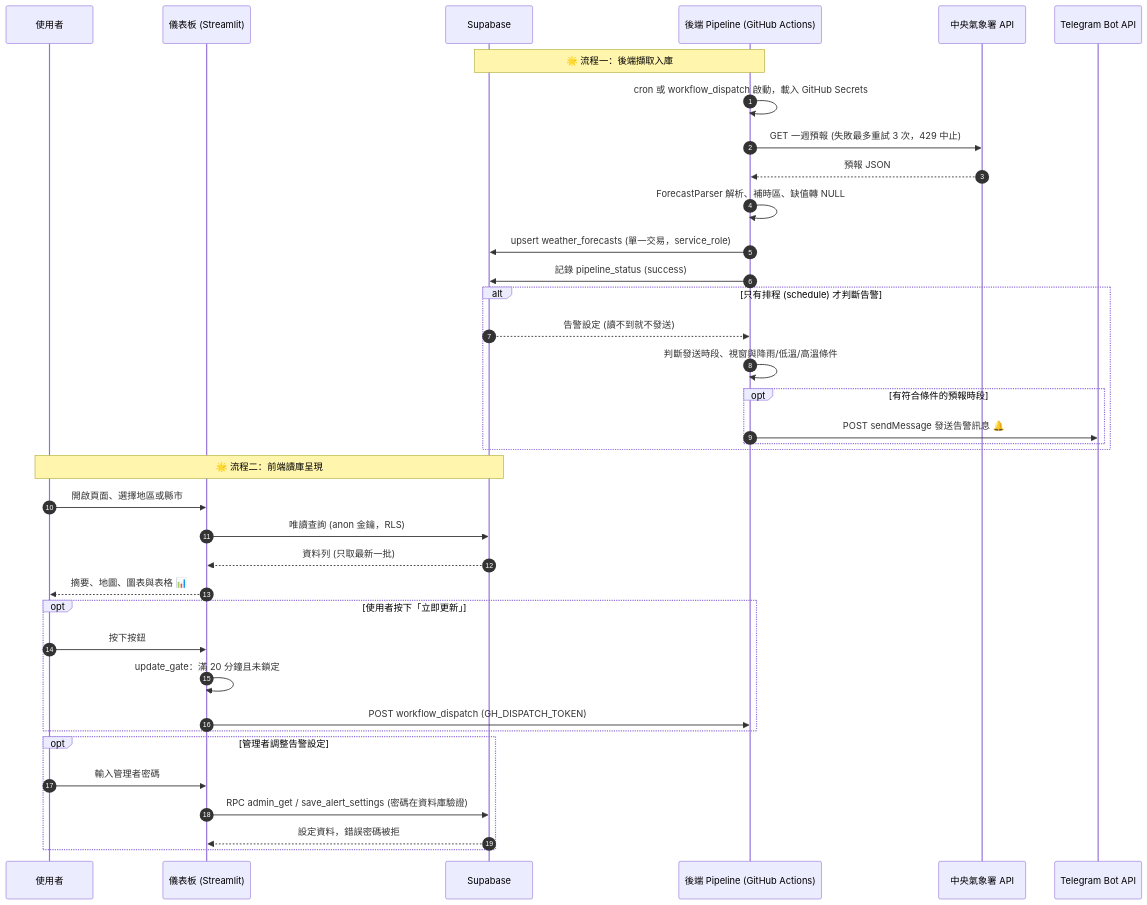
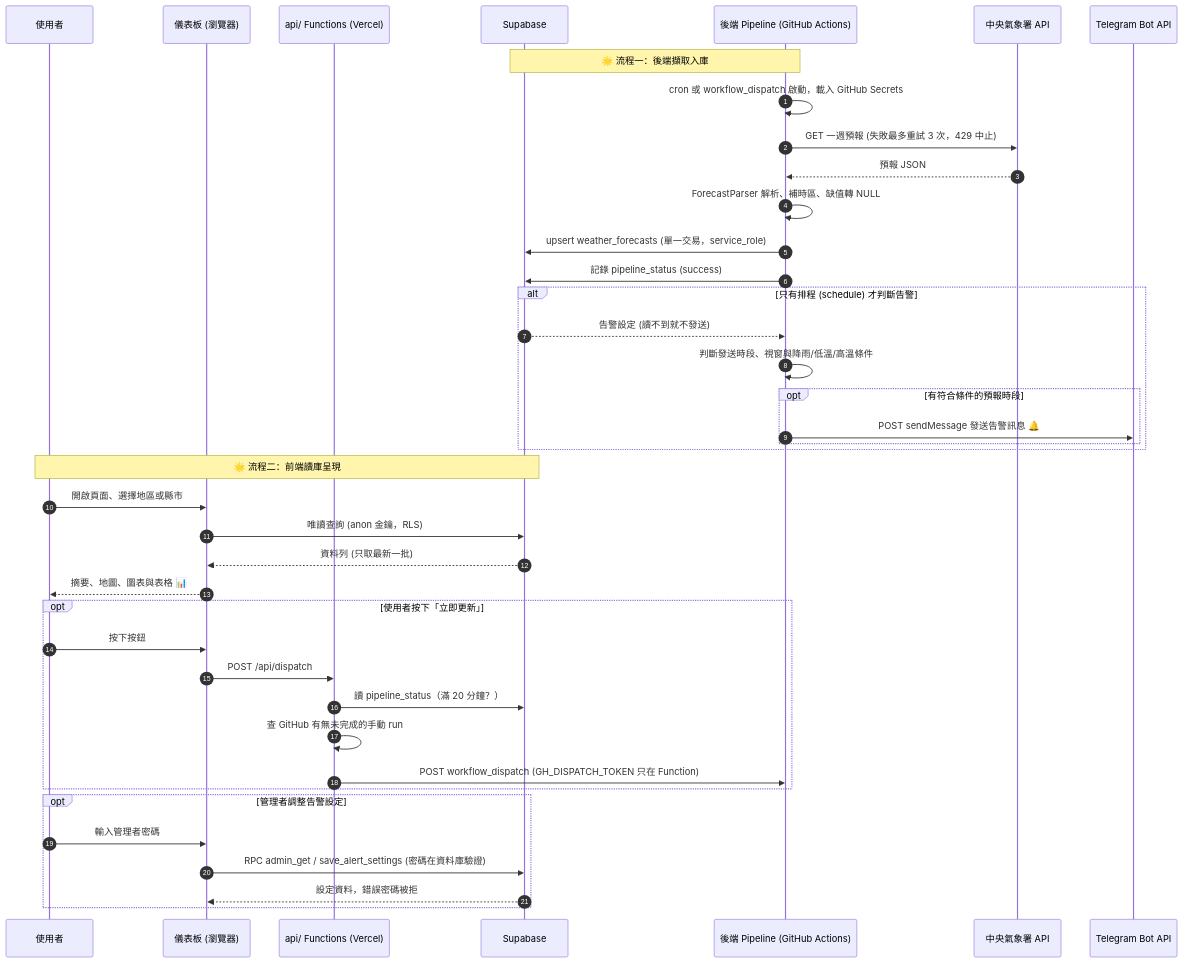
The second of 2 diagrams in forecast/SPECIFICATION.md (hobartXIII/tw_forecast), drawn with Mermaid before and after one commit. The commit also changed other lines of this file and 50 other files, not shown here.

Commit message:
Vercel 前端階段 7：切換正式入口為 Vercel，刪除 main 上的 Streamlit 前端並更新文件（SPEC v2.0.0）

````diff
--- a/forecast/SPECIFICATION.md
+++ b/forecast/SPECIFICATION.md
@@ -126,41 +126,44 @@
 ```mermaid
 sequenceDiagram
     autonumber
     participant U as 使用者
-    participant FE as 儀表板 (Streamlit)
+    participant FE as 儀表板 (瀏覽器)
+    participant FN as api/ Functions (Vercel)
     participant DB as Supabase
     participant BE as 後端 Pipeline (GitHub Actions)
     participant CWA as 中央氣象署 API
     participant TG as Telegram Bot API
 
     Note over BE,DB: 🌟 流程一：後端擷取入庫
     BE->>BE: cron 或 workflow_dispatch 啟動，載入 GitHub Secrets
     BE->>CWA: GET 一週預報 (失敗最多重試 3 次，429 中止)
     CWA-->>BE: 預報 JSON
     BE->>BE: ForecastParser 解析、補時區、缺值轉 NULL
     BE->>DB: upsert weather_forecasts (單一交易，service_role)
     BE->>DB: 記錄 pipeline_status (success)
     alt 只有排程 (schedule) 才判斷告警
         DB-->>BE: 告警設定 (讀不到就不發送)
         BE->>BE: 判斷發送時段、視窗與降雨/低溫/高溫條件
         opt 有符合條件的預報時段
             BE->>TG: POST sendMessage 發送告警訊息 🔔
         end
     end
 
     Note over U,DB: 🌟 流程二：前端讀庫呈現
     U->>FE: 開啟頁面、選擇地區或縣市
     FE->>DB: 唯讀查詢 (anon 金鑰，RLS)
     DB-->>FE: 資料列 (只取最新一批)
     FE-->>U: 摘要、地圖、圖表與表格 📊
     opt 使用者按下「立即更新」
         U->>FE: 按下按鈕
-        FE->>FE: update_gate：滿 20 分鐘且未鎖定
-        FE->>BE: POST workflow_dispatch (GH_DISPATCH_TOKEN)
+        FE->>FN: POST /api/dispatch
+        FN->>DB: 讀 pipeline_status（滿 20 分鐘？）
+        FN->>FN: 查 GitHub 有無未完成的手動 run
+        FN->>BE: POST workflow_dispatch (GH_DISPATCH_TOKEN 只在 Function)
     end
     opt 管理者調整告警設定
         U->>FE: 輸入管理者密碼
         FE->>DB: RPC admin_get / save_alert_settings (密碼在資料庫驗證)
         DB-->>FE: 設定資料，錯誤密碼被拒
     end
 ```
````
